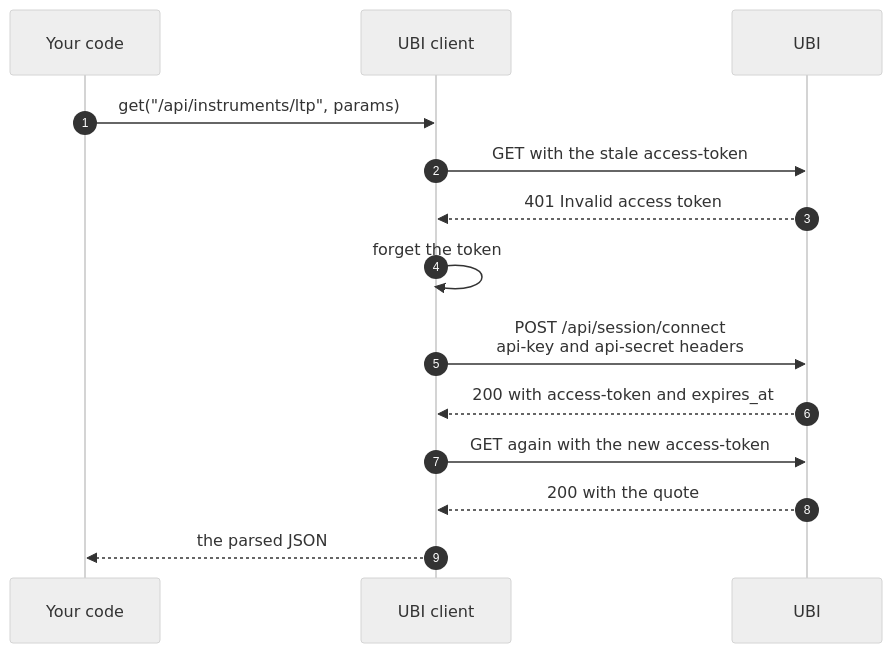
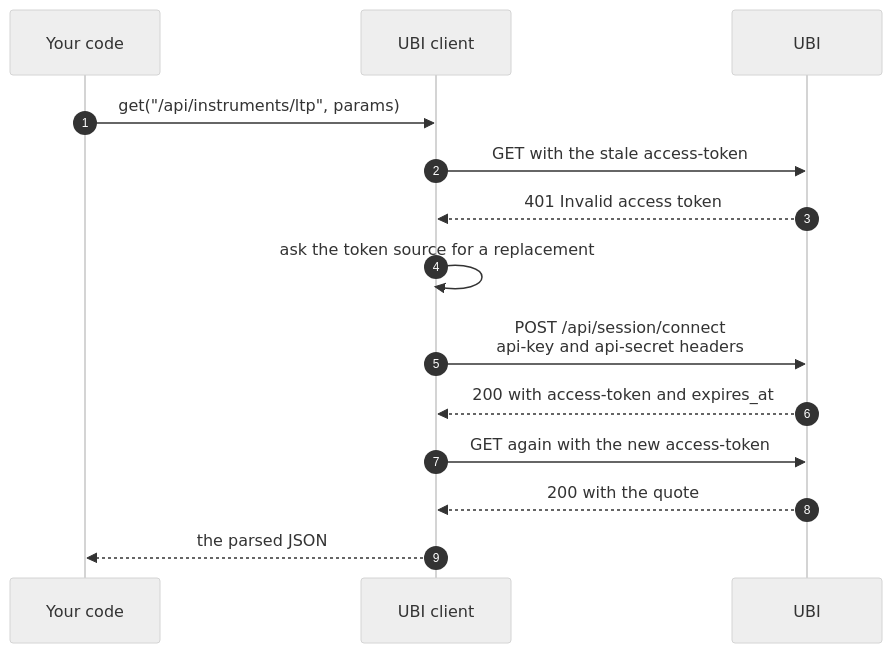
Before and after one commit to pramodathani/tradingmachine: the diagram in docs/python-api/client.md, drawn with Mermaid (neutral theme). The commit also changed other lines of this file and 18 other files, not shown here.

````diff
--- a/docs/python-api/client.md
+++ b/docs/python-api/client.md
@@ -84,16 +97,16 @@
 ```mermaid
 sequenceDiagram
     autonumber
     participant You as Your code
     participant Client as UBI client
     participant UBI as UBI
     You->>Client: get("/api/instruments/ltp", params)
     Client->>UBI: GET with the stale access-token
     UBI-->>Client: 401 Invalid access token
-    Client->>Client: forget the token
+    Client->>Client: ask the token source for a replacement
     Client->>UBI: POST /api/session/connect<br/>api-key and api-secret headers
     UBI-->>Client: 200 with access-token and expires_at
     Client->>UBI: GET again with the new access-token
     UBI-->>Client: 200 with the quote
     Client-->>You: the parsed JSON
 ```
````
